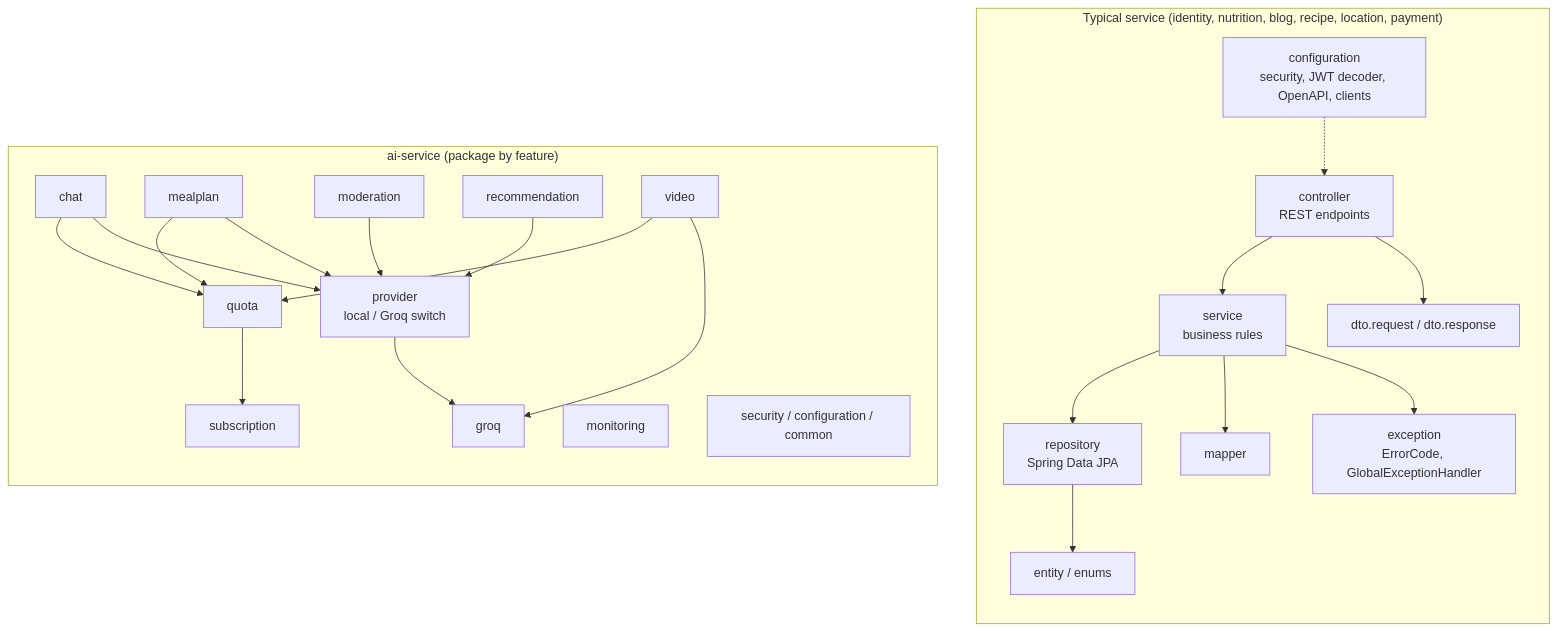
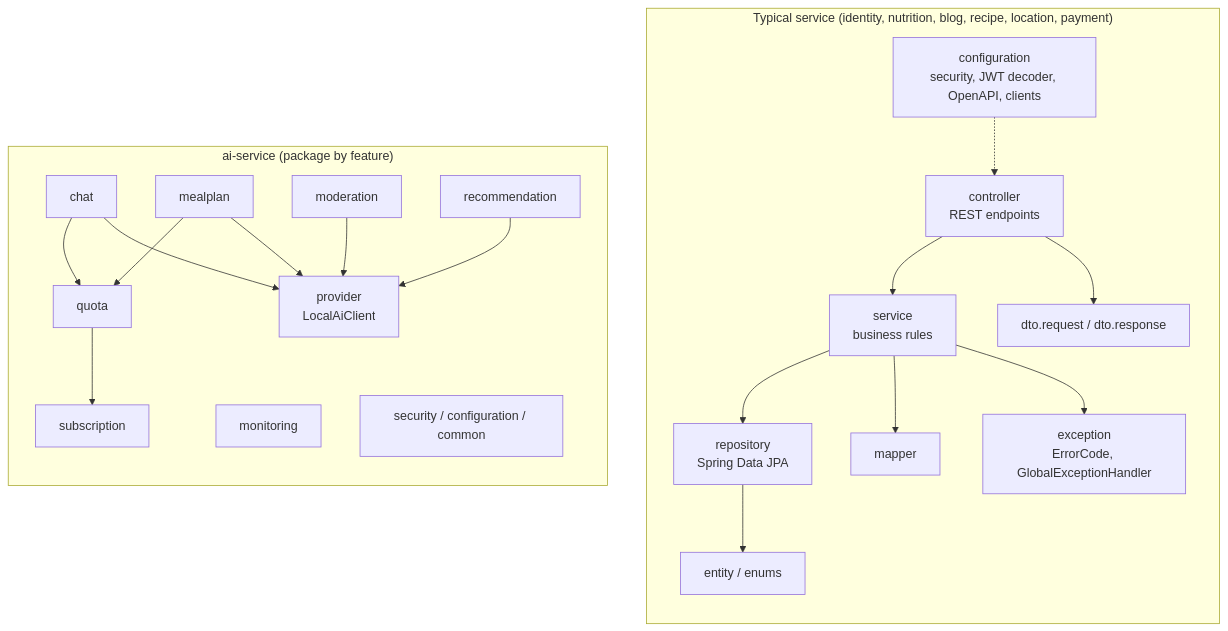
Before and after one commit to Phu0312/VeggiePal-Microservice: diagram 13 of 32 in docs/REPORT7_FINAL_PROJECT_REPORT.md, drawn with Mermaid. The commit also changed other lines of this file and 14 other files, not shown here.

````diff
--- a/docs/REPORT7_FINAL_PROJECT_REPORT.md
+++ b/docs/REPORT7_FINAL_PROJECT_REPORT.md
@@ -1388,46 +1365,41 @@
 ```mermaid
 flowchart TB
     subgraph L["Typical service (identity, nutrition, blog, recipe, location, payment)"]
         direction TB
         CFG["configuration<br/>security, JWT decoder, OpenAPI, clients"]
         CTL["controller<br/>REST endpoints"]
         DTO["dto.request / dto.response"]
         SVC["service<br/>business rules"]
         MAP["mapper"]
         REP["repository<br/>Spring Data JPA"]
         ENT["entity / enums"]
         EXC["exception<br/>ErrorCode, GlobalExceptionHandler"]
         CTL --> SVC
         CTL --> DTO
         SVC --> REP
         SVC --> MAP
         REP --> ENT
         SVC --> EXC
         CFG -.-> CTL
     end
 
     subgraph A["ai-service (package by feature)"]
         direction TB
         AC["chat"]
         AM["mealplan"]
-        AV["video"]
         AMO["moderation"]
         AQ["quota"]
         AR["recommendation"]
         AMN["monitoring"]
         AS["subscription"]
-        AG["groq"]
-        APR["provider<br/>local / Groq switch"]
+        APR["provider<br/>LocalAiClient"]
         ASE["security / configuration / common"]
         AC --> APR
         AM --> APR
         AMO --> APR
         AR --> APR
-        APR --> AG
-        AV --> AG
         AM --> AQ
-        AV --> AQ
         AC --> AQ
         AQ --> AS
     end
 ```
````
